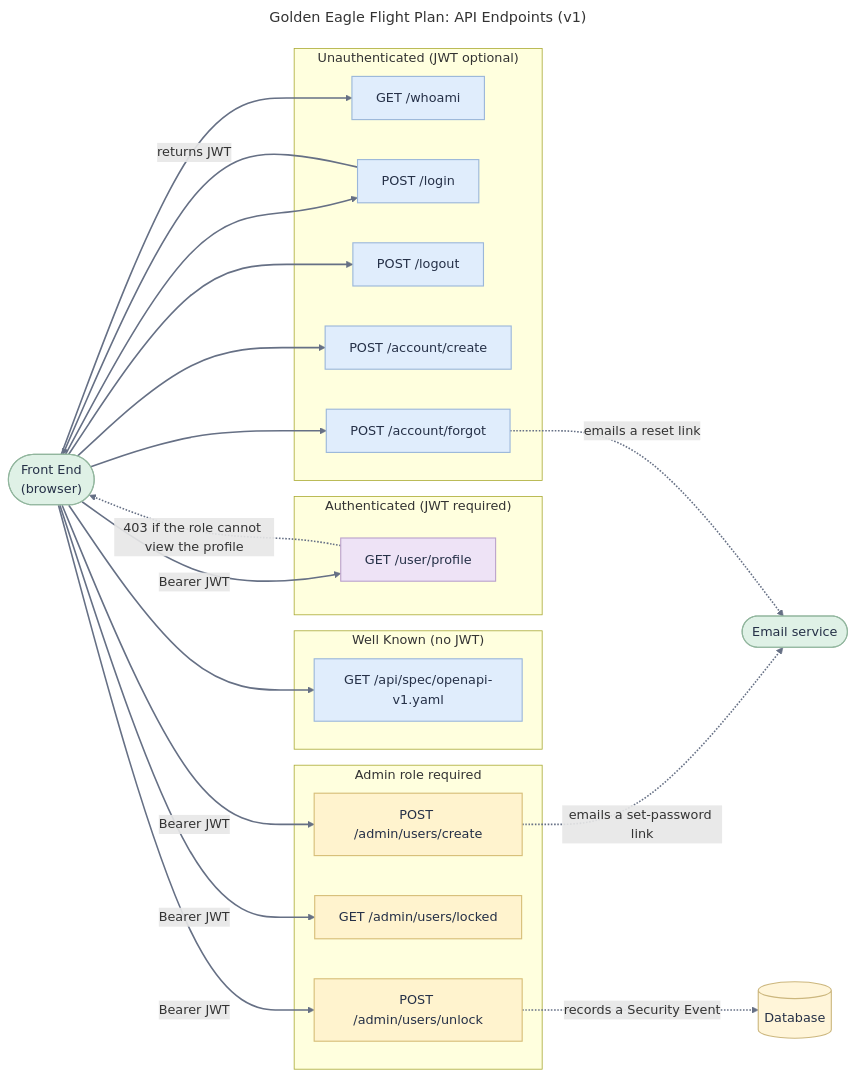
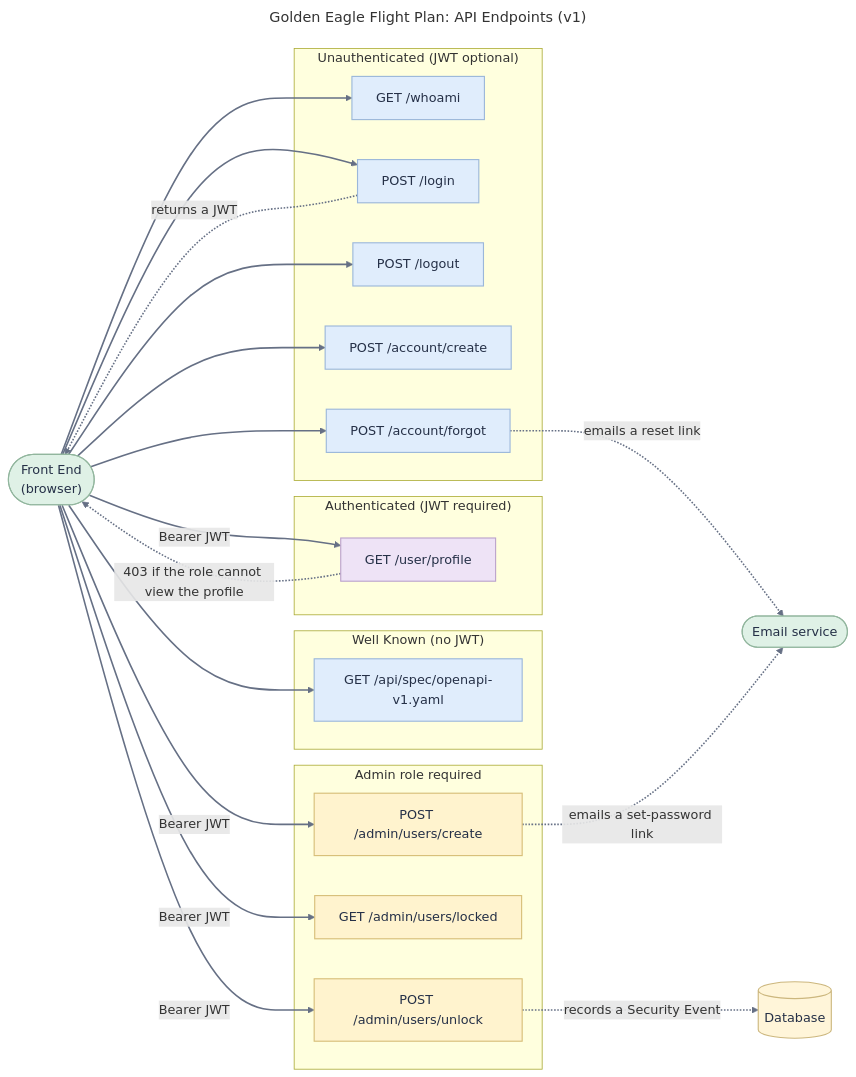
The diagram in docs/openapi/api.mmd (jasonreese9/CS3338Final), drawn with Mermaid before and after one commit. The commit also changed 6 other files, not shown here.

Commit message:
Add a script to generate the openapi mermaid diagrams from the yaml

```diff
--- a/docs/openapi/api.mmd
+++ b/docs/openapi/api.mmd
@@ -1,51 +1,55 @@
 ---
 title: "Golden Eagle Flight Plan: API Endpoints (v1)"
 ---
-%% Generated from the SDD Back End Design section. See openapi-v1.yaml for the full specification.
+%% Generated by openapi_to_mermaid.py from openapi-v1.yaml. Do not edit by hand.
 flowchart LR
     C(["Front End<br/>(browser)"])
 
-    subgraph WK ["Well Known (no JWT)"]
-        W1["GET /api/spec/openapi-v1.yaml"]
+    subgraph WELLKNOWN ["Well Known (no JWT)"]
+        E1["GET /api/spec/openapi-v1.yaml"]
     end
 
-    subgraph UN ["Unauthenticated (JWT optional)"]
-        U1["GET /whoami"]
-        U2["POST /login"]
-        U3["POST /logout"]
-        U4["POST /account/create"]
-        U5["POST /account/forgot"]
+    subgraph OPTIONAL ["Unauthenticated (JWT optional)"]
+        E2["GET /whoami"]
+        E3["POST /login"]
+        E4["POST /logout"]
+        E5["POST /account/create"]
+        E6["POST /account/forgot"]
     end
 
-    subgraph AU ["Authenticated (JWT required)"]
-        P1["GET /user/profile"]
+    subgraph AUTH ["Authenticated (JWT required)"]
+        E7["GET /user/profile"]
     end
 
-    subgraph AD ["Admin role required"]
-        A1["POST /admin/users/create"]
-        A2["GET /admin/users/locked"]
-        A3["POST /admin/users/unlock"]
+    subgraph ADMIN ["Admin role required"]
+        E8["POST /admin/users/create"]
+        E9["GET /admin/users/locked"]
+        E10["POST /admin/users/unlock"]
     end
 
-    C --> W1
-    C --> U1 & U2 & U3 & U4 & U5
-    C -->|"Bearer JWT"| P1
-    C -->|"Bearer JWT"| A1 & A2 & A3
+    C --> E1
+    C --> E2 & E3 & E4 & E5 & E6
+    C -->|"Bearer JWT"| E7
+    C -->|"Bearer JWT"| E8 & E9 & E10
 
-    U2 -->|"returns JWT"| C
-    P1 -.->|"403 if the role cannot view the profile"| C
-    A3 -.->|"records a Security Event"| DB[("Database")]
-    A1 -.->|"emails a set-password link"| EM(["Email service"])
-    U5 -.->|"emails a reset link"| EM
+    EM(["Email service"])
+    DB[("Database")]
+    E3 -.->|"returns a JWT"| C
+    E6 -.->|"emails a reset link"| EM
+    E7 -.->|"403 if the role cannot view the profile"| C
+    E8 -.->|"emails a set-password link"| EM
+    E10 -.->|"records a Security Event"| DB
 
     classDef client fill:#dff1e6,stroke:#92b69e,stroke-width:1.4px,color:#253047
     classDef open fill:#e0edfc,stroke:#9bb7da,stroke-width:1.4px,color:#253047
     classDef auth fill:#eee3f6,stroke:#bba2cc,stroke-width:1.4px,color:#253047
     classDef admin fill:#fff3ce,stroke:#d7be78,stroke-width:1.4px,color:#253047
     classDef store fill:#fff5d9,stroke:#ccb77e,stroke-width:1.4px,color:#253047
-    class C,EM client
-    class W1,U1,U2,U3,U4,U5 open
-    class P1 auth
-    class A1,A2,A3 admin
+    class C client
+    class EM client
     class DB store
+    class E1 open
+    class E2,E3,E4,E5,E6 open
+    class E7 auth
+    class E8,E9,E10 admin
     linkStyle default stroke:#667085,stroke-width:2px
```
